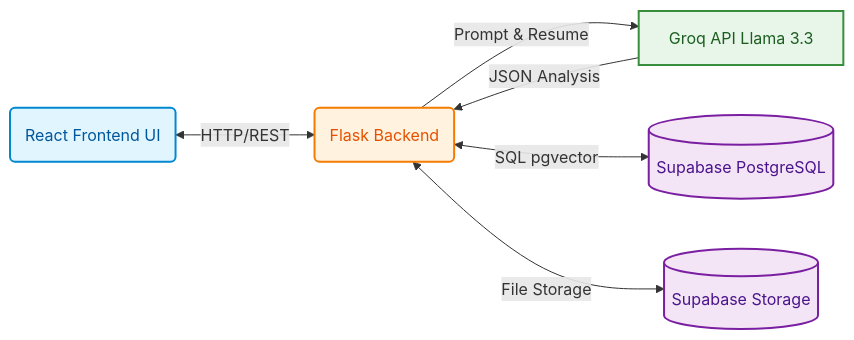
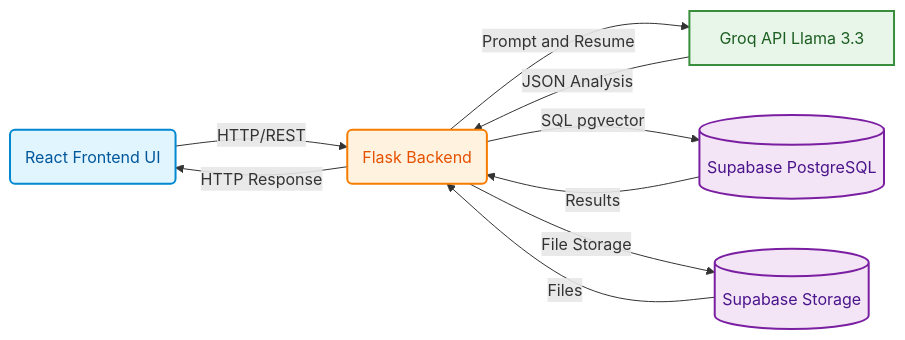
Before and after one commit to Kartheek-3/CandidateRankingSystem: the first of 2 diagrams in README.md, drawn with Mermaid.

````diff
--- a/README.md
+++ b/README.md
@@ -12,15 +12,19 @@
 ```mermaid
 flowchart LR
     classDef frontend fill:#e1f5fe,stroke:#0288d1,stroke-width:2px,color:#01579b
     classDef backend fill:#fff3e0,stroke:#f57c00,stroke-width:2px,color:#e65100
     classDef external fill:#e8f5e9,stroke:#388e3c,stroke-width:2px,color:#1b5e20
     classDef db fill:#f3e5f5,stroke:#7b1fa2,stroke-width:2px,color:#4a148c
 
-    UI(React Frontend UI):::frontend <-->|HTTP/REST| API(Flask Backend):::backend
+    UI(React Frontend UI):::frontend -->|HTTP/REST| API(Flask Backend):::backend
+    API -->|HTTP Response| UI
     
-    API -->|Prompt & Resume| Groq[Groq API Llama 3.3]:::external
+    API -->|Prompt and Resume| Groq[Groq API Llama 3.3]:::external
     Groq -->|JSON Analysis| API
     
-    API <-->|SQL pgvector| Supabase[(Supabase PostgreSQL)]:::db
-    API <-->|File Storage| SupabaseStorage[(Supabase Storage)]:::db
+    API -->|SQL pgvector| Supabase[(Supabase PostgreSQL)]:::db
+    Supabase -->|Results| API
+    
+    API -->|File Storage| SupabaseStorage[(Supabase Storage)]:::db
+    SupabaseStorage -->|Files| API
 ```
````
